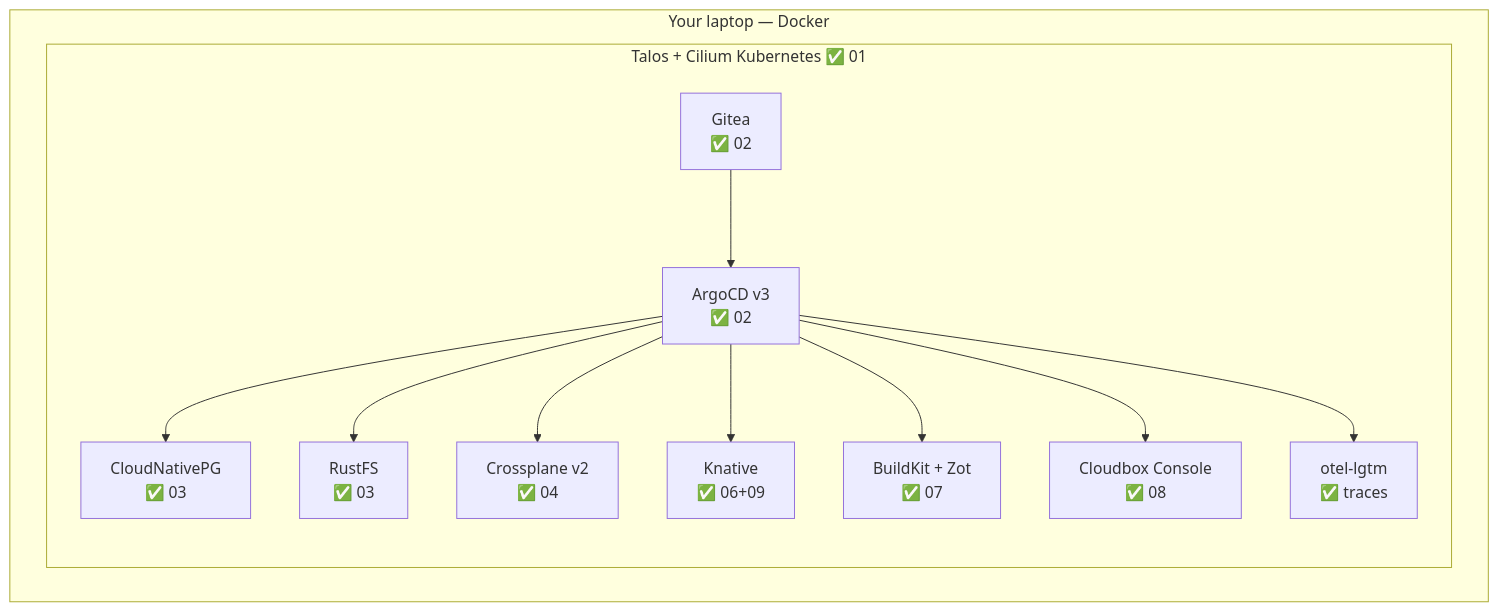
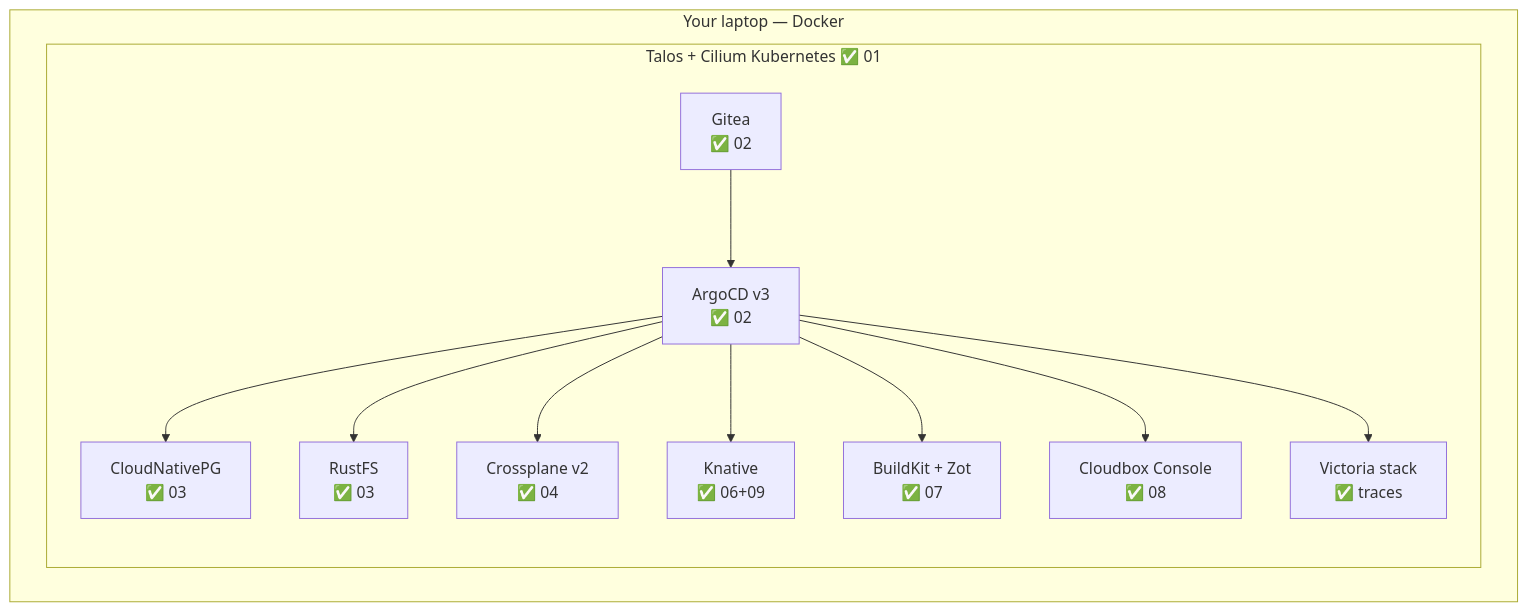
The diagram in slides/pages/closing.md (randax/Platform-Engineering-Workshop), drawn with Mermaid before and after one commit. The commit also changed other lines of this file and 18 other files, not shown here.

First line of the commit message:
docs(observability): sweep otel-lgtm → Victoria stack across docs/slides/apps

````diff
--- a/slides/pages/closing.md
+++ b/slides/pages/closing.md
@@ -15,15 +15,15 @@
 ```mermaid {scale: 0.5}
 flowchart TB
   subgraph laptop["Your laptop — Docker"]
     subgraph talos["Talos + Cilium Kubernetes ✅ 01"]
       gitea["Gitea<br>✅ 02"] --> argocd["ArgoCD v3<br>✅ 02"]
       argocd --> cnpg["CloudNativePG<br>✅ 03"]
       argocd --> rustfs["RustFS<br>✅ 03"]
       argocd --> xp["Crossplane v2<br>✅ 04"]
       argocd --> kn["Knative<br>✅ 06+09"]
       argocd --> ci["BuildKit + Zot<br>✅ 07"]
       argocd --> portal["Cloudbox Console<br>✅ 08"]
-      argocd --> obs["otel-lgtm<br>✅ traces"]
+      argocd --> obs["Victoria stack<br>✅ traces"]
     end
   end
 ```
````
